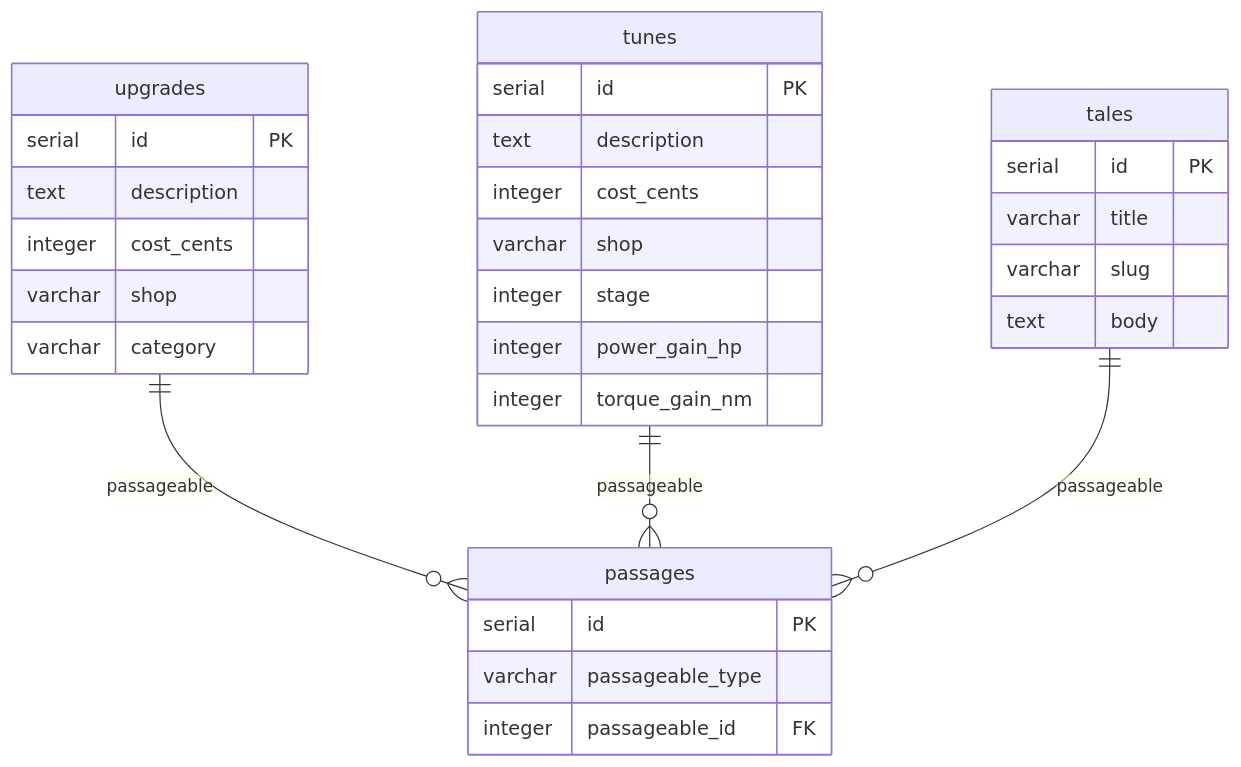
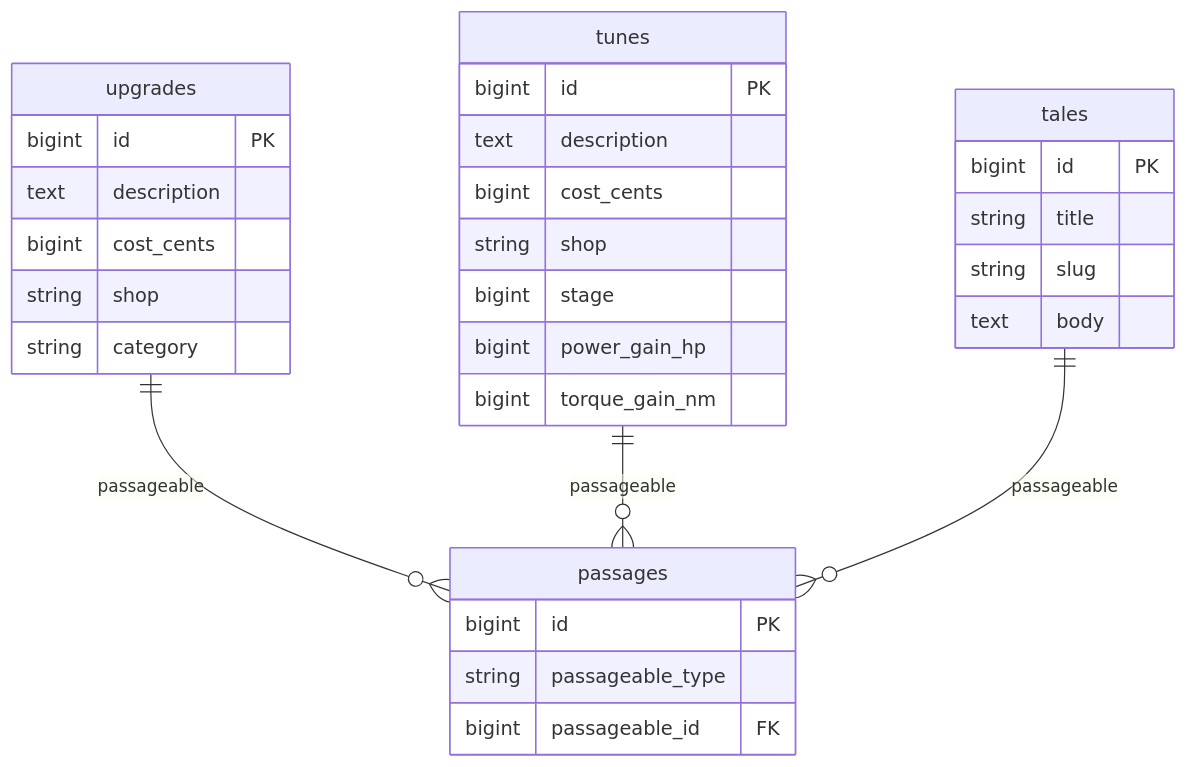
Before and after one commit to fcatuhe/crooz: the seventh of 7 diagrams in .specs/schema.md, drawn with Mermaid. The commit also changed other lines of this file, not shown here.

Commit message:
Use Ruby types (bigint, string, text, etc.)

````diff
--- a/.specs/schema.md
+++ b/.specs/schema.md
@@ -372,37 +372,37 @@
 ```mermaid
 erDiagram
     passages {
-        serial id PK
-        varchar passageable_type
-        integer passageable_id FK
+        bigint id PK
+        string passageable_type
+        bigint passageable_id FK
     }
 
     upgrades {
-        serial id PK
+        bigint id PK
         text description
-        integer cost_cents
-        varchar shop
-        varchar category
+        bigint cost_cents
+        string shop
+        string category
     }
 
     tunes {
-        serial id PK
+        bigint id PK
         text description
-        integer cost_cents
-        varchar shop
-        integer stage
-        integer power_gain_hp
-        integer torque_gain_nm
+        bigint cost_cents
+        string shop
+        bigint stage
+        bigint power_gain_hp
+        bigint torque_gain_nm
     }
 
     tales {
-        serial id PK
-        varchar title
-        varchar slug
+        bigint id PK
+        string title
+        string slug
         text body
     }
 
     upgrades ||--o{ passages : "passageable"
     tunes ||--o{ passages : "passageable"
     tales ||--o{ passages : "passageable"
 ```
````
